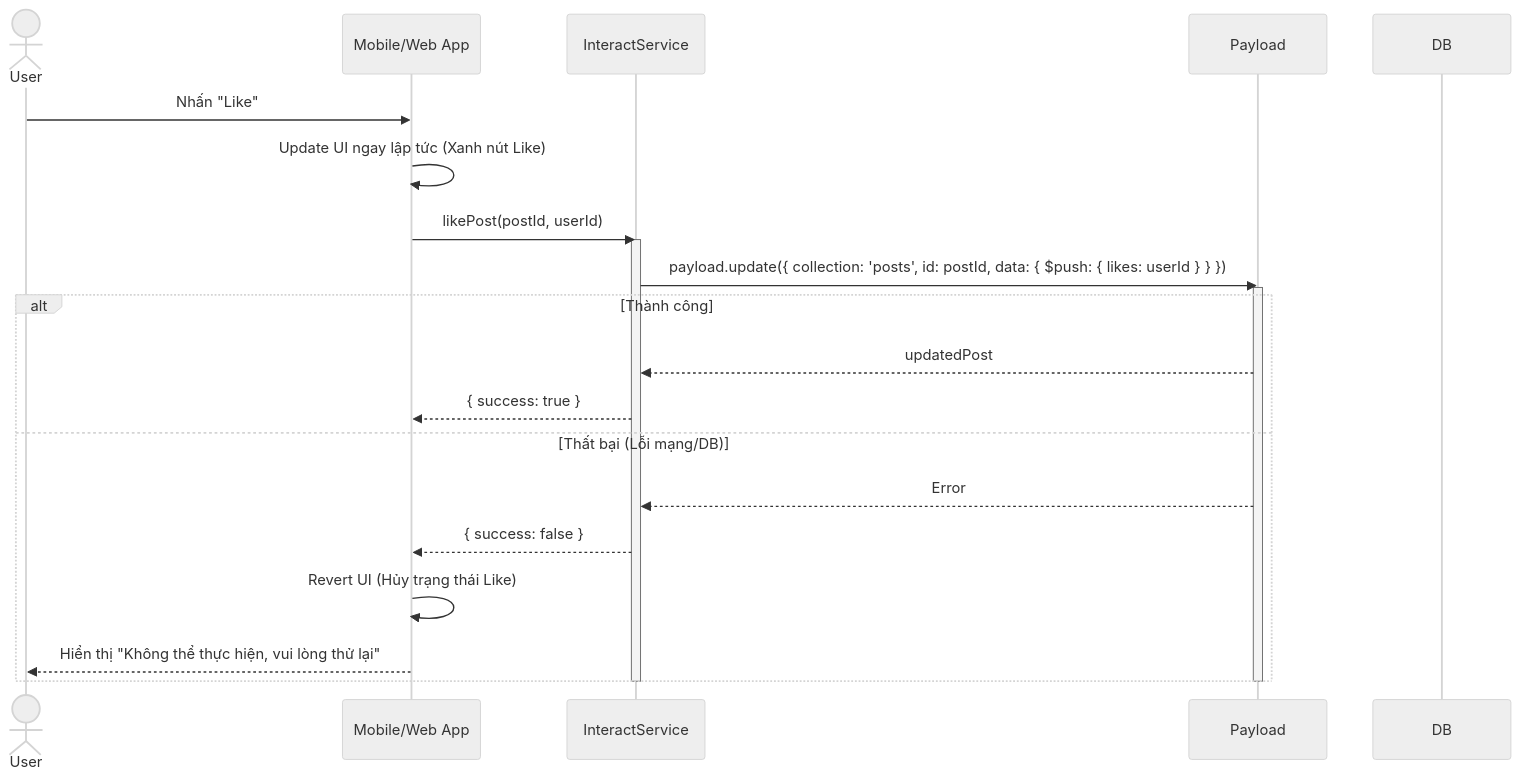
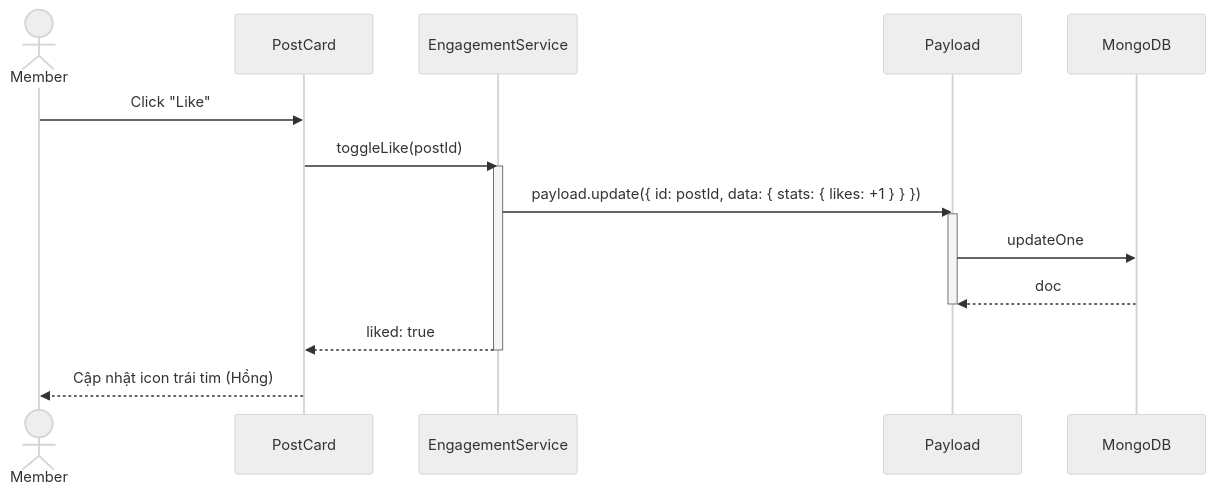
One commit to vuthuonghai-steve/KLTN-By_Thuong_Hai-Steve changed the first of 2 diagrams in Docs/life-2/diagrams/sequence-diagrams/detailed-m4-engagement.md. Above: the diagram before and after it, drawn with Mermaid (neutral theme). The commit also changed other lines of this file and 29 other files, not shown here.

````diff
--- a/Docs/life-2/diagrams/sequence-diagrams/detailed-m4-engagement.md
+++ b/Docs/life-2/diagrams/sequence-diagrams/detailed-m4-engagement.md
@@ -48,28 +10,20 @@
 ```mermaid
 sequenceDiagram
-    actor User
-    participant App as Mobile/Web App
-    participant Service as InteractService
+    actor Member
+    participant UI as PostCard
+    participant Service as EngagementService
     participant Payload
-    participant DB
+    participant DB as MongoDB
 
-    User->>App: Nhấn "Like"
-    App->>App: Update UI ngay lập tức (Xanh nút Like)
-    App->>Service: likePost(postId, userId)
+    Member->>UI: Click "Like"
+    UI->>Service: toggleLike(postId)
     activate Service
-    
-    Service->>Payload: payload.update({ collection: 'posts', id: postId, data: { $push: { likes: userId } } })
+    Service->>Payload: payload.update({ id: postId, data: { stats: { likes: +1 } } })
     activate Payload
-    
-    alt Thành công
-        Payload-->>Service: updatedPost
-        Service-->>App: { success: true }
-    else Thất bại (Lỗi mạng/DB)
-        Payload-->>Service: Error
-        Service-->>App: { success: false }
-        App->>App: Revert UI (Hủy trạng thái Like)
-        App-->>User: Hiển thị "Không thể thực hiện, vui lòng thử lại"
-    end
+    Payload->>DB: updateOne
+    DB-->>Payload: doc
     deactivate Payload
+    Service-->>UI: liked: true
     deactivate Service
+    UI-->>Member: Cập nhật icon trái tim (Hồng)
 ```
````
